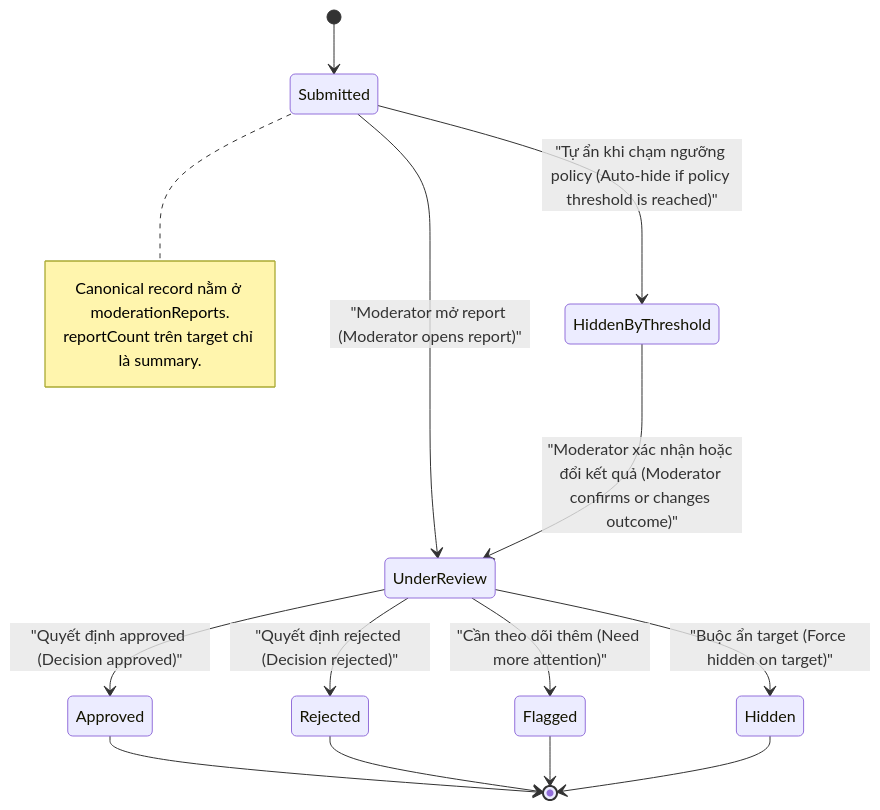
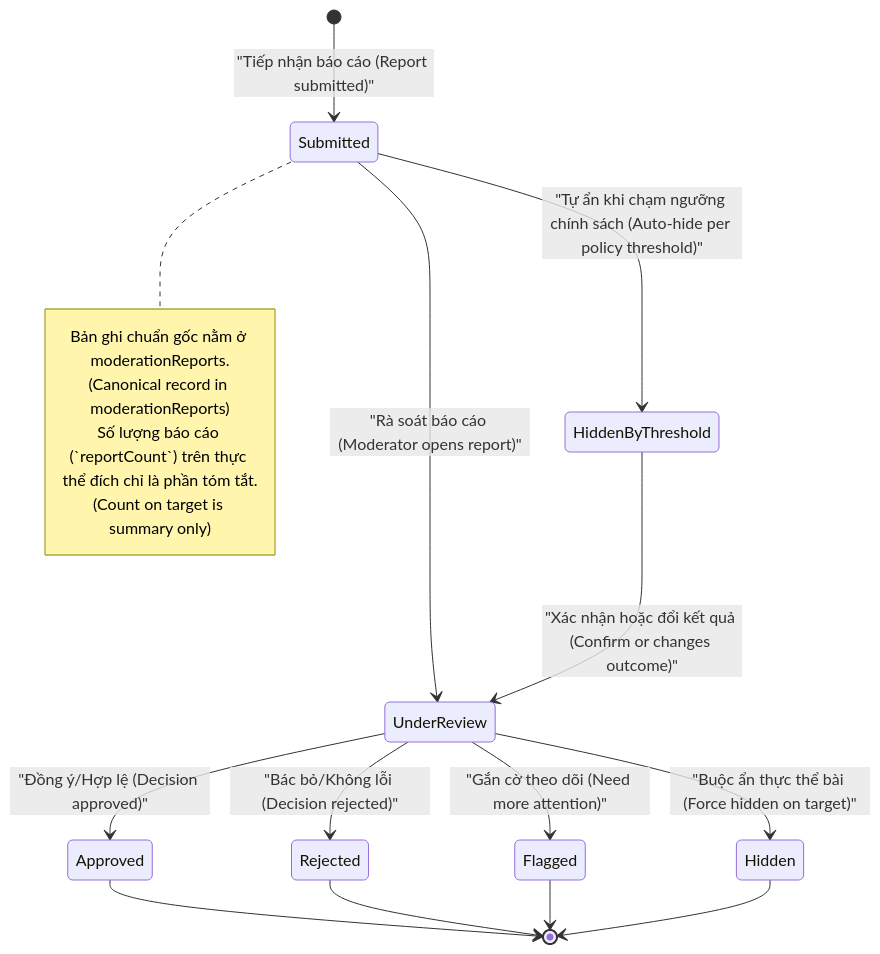
The diagram in design/04-moderation/report-state.mmd (QuyenVjp/PMTL_VN), drawn with Mermaid before and after one commit. The commit also changed 115 other files, not shown here.

```diff
--- a/design/04-moderation/report-state.mmd
+++ b/design/04-moderation/report-state.mmd
@@ -1,18 +1,20 @@
 stateDiagram-v2
-    [*] --> Submitted
-    Submitted --> UnderReview: "Moderator mở report (Moderator opens report)"
-    Submitted --> HiddenByThreshold: "Tự ẩn khi chạm ngưỡng policy (Auto-hide if policy threshold is reached)"
-    UnderReview --> Approved: "Quyết định approved (Decision approved)"
-    UnderReview --> Rejected: "Quyết định rejected (Decision rejected)"
-    UnderReview --> Flagged: "Cần theo dõi thêm (Need more attention)"
-    UnderReview --> Hidden: "Buộc ẩn target (Force hidden on target)"
-    HiddenByThreshold --> UnderReview: "Moderator xác nhận hoặc đổi kết quả (Moderator confirms or changes outcome)"
+    [*] --> Submitted: "Tiếp nhận báo cáo (Report submitted)"
+    Submitted --> UnderReview: "Rà soát báo cáo (Moderator opens report)"
+    Submitted --> HiddenByThreshold: "Tự ẩn khi chạm ngưỡng chính sách (Auto-hide per policy threshold)"
+    UnderReview --> Approved: "Đồng ý/Hợp lệ (Decision approved)"
+    UnderReview --> Rejected: "Bác bỏ/Không lỗi (Decision rejected)"
+    UnderReview --> Flagged: "Gắn cờ theo dõi (Need more attention)"
+    UnderReview --> Hidden: "Buộc ẩn thực thể bài (Force hidden on target)"
+    HiddenByThreshold --> UnderReview: "Xác nhận hoặc đổi kết quả (Confirm or changes outcome)"
     Approved --> [*]
     Rejected --> [*]
     Flagged --> [*]
     Hidden --> [*]
 
     note right of Submitted
-      Canonical record nằm ở moderationReports.
-      reportCount trên target chỉ là summary.
+      Bản ghi chuẩn gốc nằm ở moderationReports.
+      (Canonical record in moderationReports)
+      Số lượng báo cáo (`reportCount`) trên thực thể đích chỉ là phần tóm tắt.
+      (Count on target is summary only)
     end note
```
